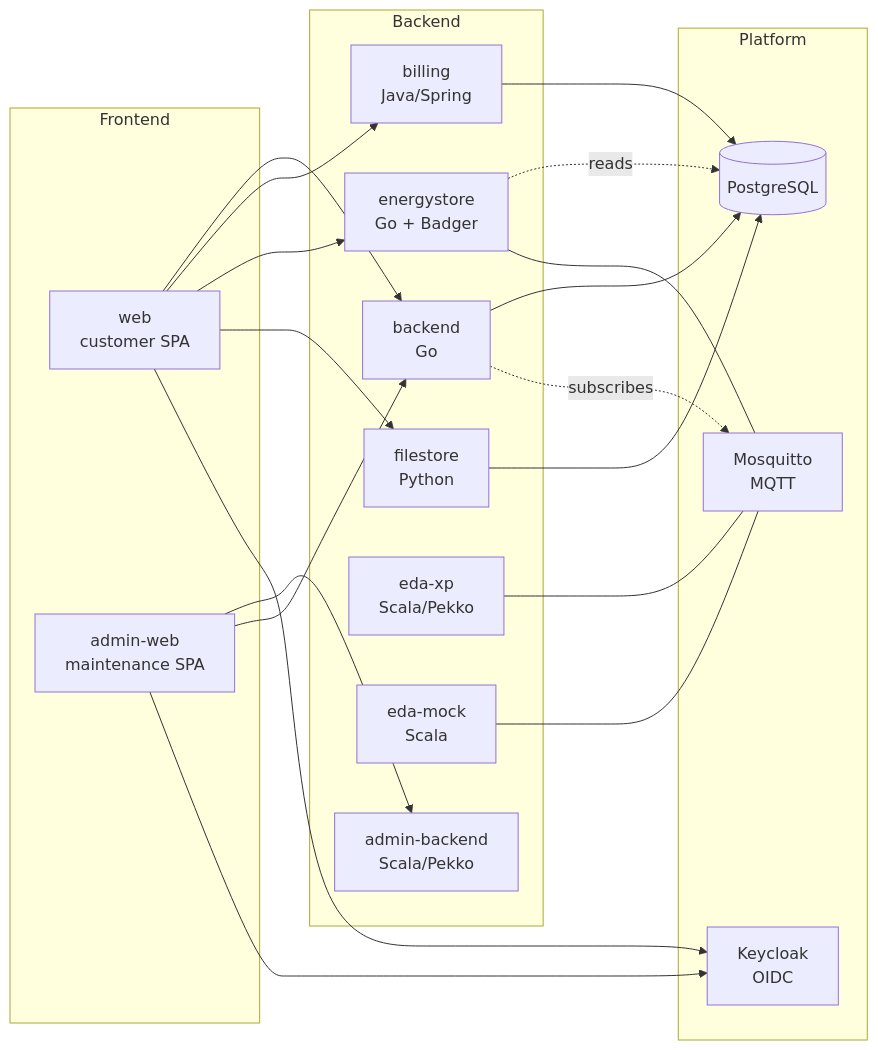
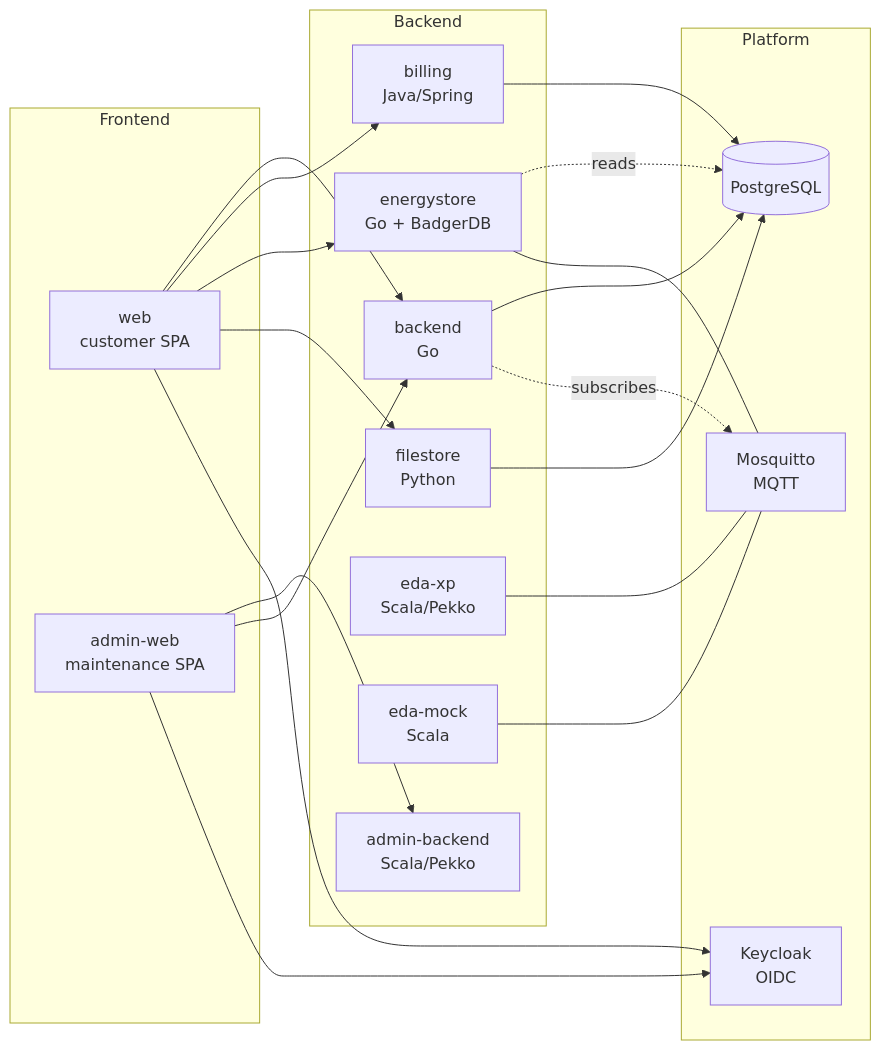
The diagram in docs/architecture/overview.md (eegfaktura/eegfaktura-docs), drawn with Mermaid before and after one commit. The commit also changed other lines of this file and 20 other files, not shown here.

````diff
--- a/docs/architecture/overview.md
+++ b/docs/architecture/overview.md
@@ -7,42 +7,42 @@
 ```mermaid
 flowchart LR
   subgraph Frontend
     WEB[web<br/>customer SPA]
     AWEB[admin-web<br/>maintenance SPA]
   end
 
   subgraph Backend
     BE[backend<br/>Go]
     BI[billing<br/>Java/Spring]
-    ES[energystore<br/>Go + Badger]
+    ES[energystore<br/>Go + BadgerDB]
     FS[filestore<br/>Python]
     EX[eda-xp<br/>Scala/Pekko]
     EM[eda-mock<br/>Scala]
     AB[admin-backend<br/>Scala/Pekko]
   end
 
   subgraph Platform
     KC[Keycloak<br/>OIDC]
     PG[(PostgreSQL)]
     MQ[Mosquitto<br/>MQTT]
   end
 
   WEB --> BE
   WEB --> BI
   WEB --> ES
   WEB --> FS
   AWEB --> AB
   AWEB --> BE
   WEB --> KC
   AWEB --> KC
 
   BE --> PG
   BI --> PG
   FS --> PG
   ES -.->|reads| PG
 
   ES --- MQ
   EX --- MQ
   EM --- MQ
   BE -.->|subscribes| MQ
 ```
````
